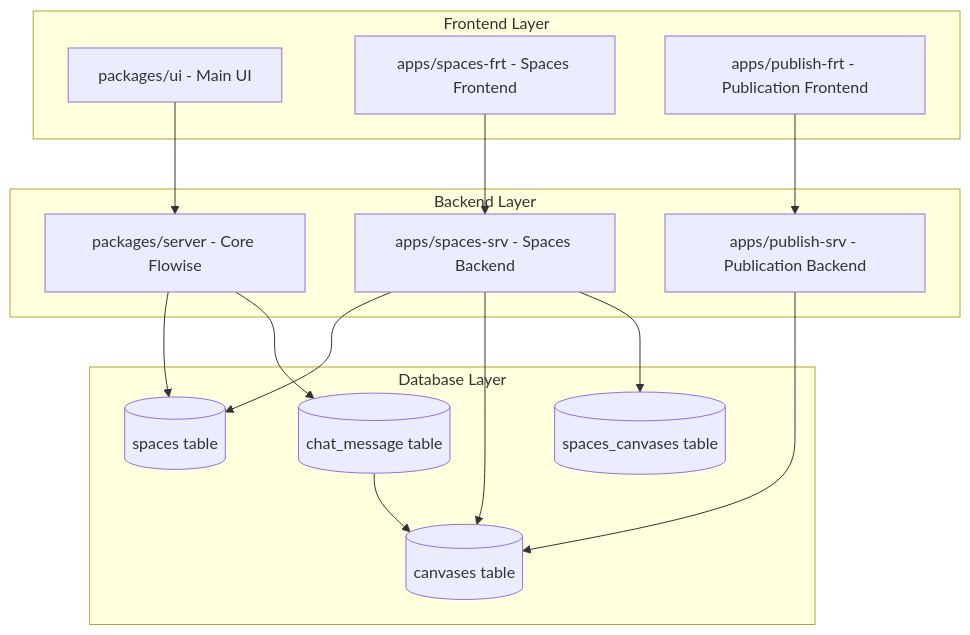
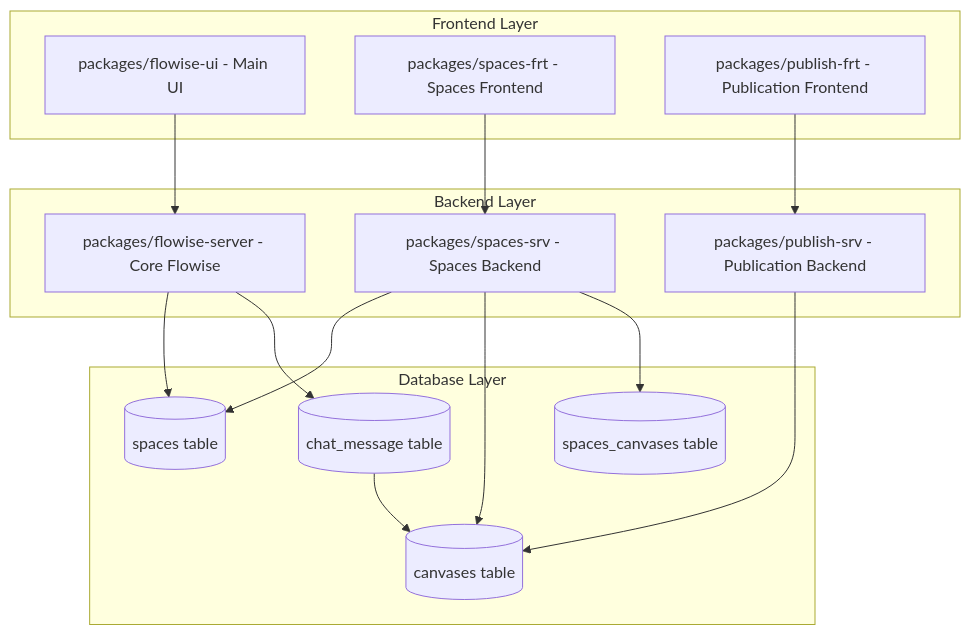
One commit to teknokomo/universo-platformo-react changed the first of 2 diagrams in .kiro/specs/chatflow-to-spaces-refactoring/design.md. Above: the diagram before and after it, drawn with Mermaid. The commit also changed other lines of this file and 3384 other files, not shown here.

````diff
--- a/.kiro/specs/chatflow-to-spaces-refactoring/design.md
+++ b/.kiro/specs/chatflow-to-spaces-refactoring/design.md
@@ -36,34 +36,34 @@
 ```mermaid
 graph TB
     subgraph "Frontend Layer"
-        UI[packages/ui - Main UI]
-        SpaceFRT[apps/spaces-frt - Spaces Frontend]
-        PubFRT[apps/publish-frt - Publication Frontend]
+        UI[packages/flowise-ui - Main UI]
+        SpaceFRT[packages/spaces-frt - Spaces Frontend]
+        PubFRT[packages/publish-frt - Publication Frontend]
     end
     
     subgraph "Backend Layer"
-        Server[packages/server - Core Flowise]
-        SpaceSRV[apps/spaces-srv - Spaces Backend]
-        PubSRV[apps/publish-srv - Publication Backend]
+        Server[packages/flowise-server - Core Flowise]
+        SpaceSRV[packages/spaces-srv - Spaces Backend]
+        PubSRV[packages/publish-srv - Publication Backend]
     end
     
     subgraph "Database Layer"
         Spaces[(spaces table)]
         Canvases[(canvases table)]
         SpacesCanvases[(spaces_canvases table)]
         ChatMessages[(chat_message table)]
     end
     
     UI --> Server
     SpaceFRT --> SpaceSRV
     PubFRT --> PubSRV
     
     Server --> Spaces
     SpaceSRV --> Spaces
     SpaceSRV --> Canvases
     SpaceSRV --> SpacesCanvases
     PubSRV --> Canvases
     
     Server --> ChatMessages
     ChatMessages --> Canvases
 ```
````
